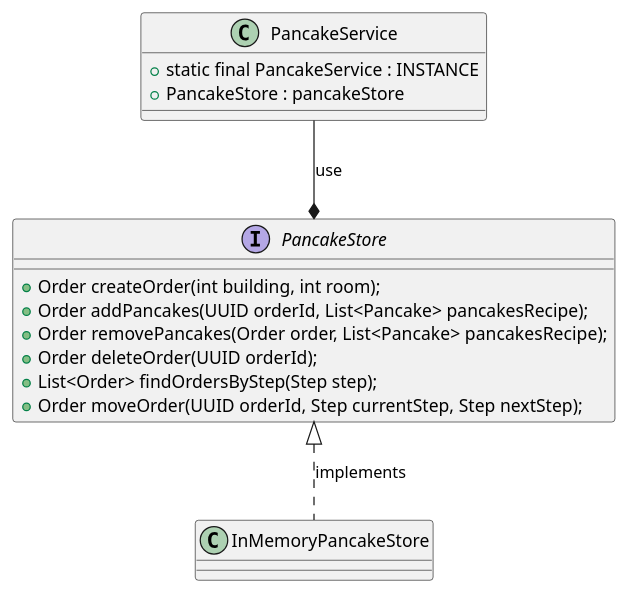
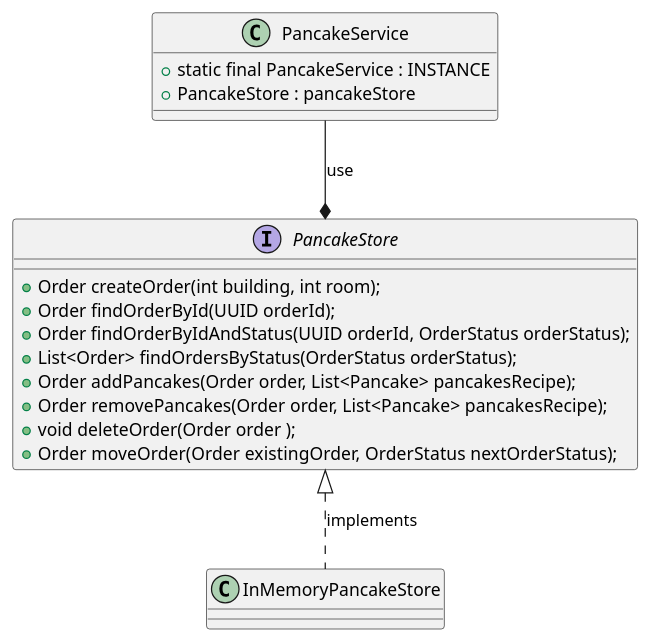
One commit to lucapf/PancakeLab changed the diagram in docs/PancakeService.puml. Above: the diagram before and after it, drawn with PlantUML. The commit also changed 11 other files, not shown here.

```diff
--- a/docs/PancakeService.puml
+++ b/docs/PancakeService.puml
@@ -1,21 +1,23 @@
 @startuml
 class PancakeService {
 + static final PancakeService : INSTANCE
 + PancakeStore : pancakeStore
 
 
 }
 
 PancakeService --* PancakeStore: use
 interface PancakeStore{
   + Order createOrder(int building, int room);
-  + Order addPancakes(UUID orderId, List<Pancake> pancakesRecipe);
+  + Order findOrderById(UUID orderId);
+  + Order findOrderByIdAndStatus(UUID orderId, OrderStatus orderStatus);
+  + List<Order> findOrdersByStatus(OrderStatus orderStatus);
+  + Order addPancakes(Order order, List<Pancake> pancakesRecipe);
   + Order removePancakes(Order order, List<Pancake> pancakesRecipe);
-  + Order deleteOrder(UUID orderId);
-  + List<Order> findOrdersByStep(Step step);
-  + Order moveOrder(UUID orderId, Step currentStep, Step nextStep);
+  + void deleteOrder(Order order );
+  + Order moveOrder(Order existingOrder, OrderStatus nextOrderStatus);
 }
 class InMemoryPancakeStore{}
 
 PancakeStore <|.. InMemoryPancakeStore: implements
 @enduml
```
